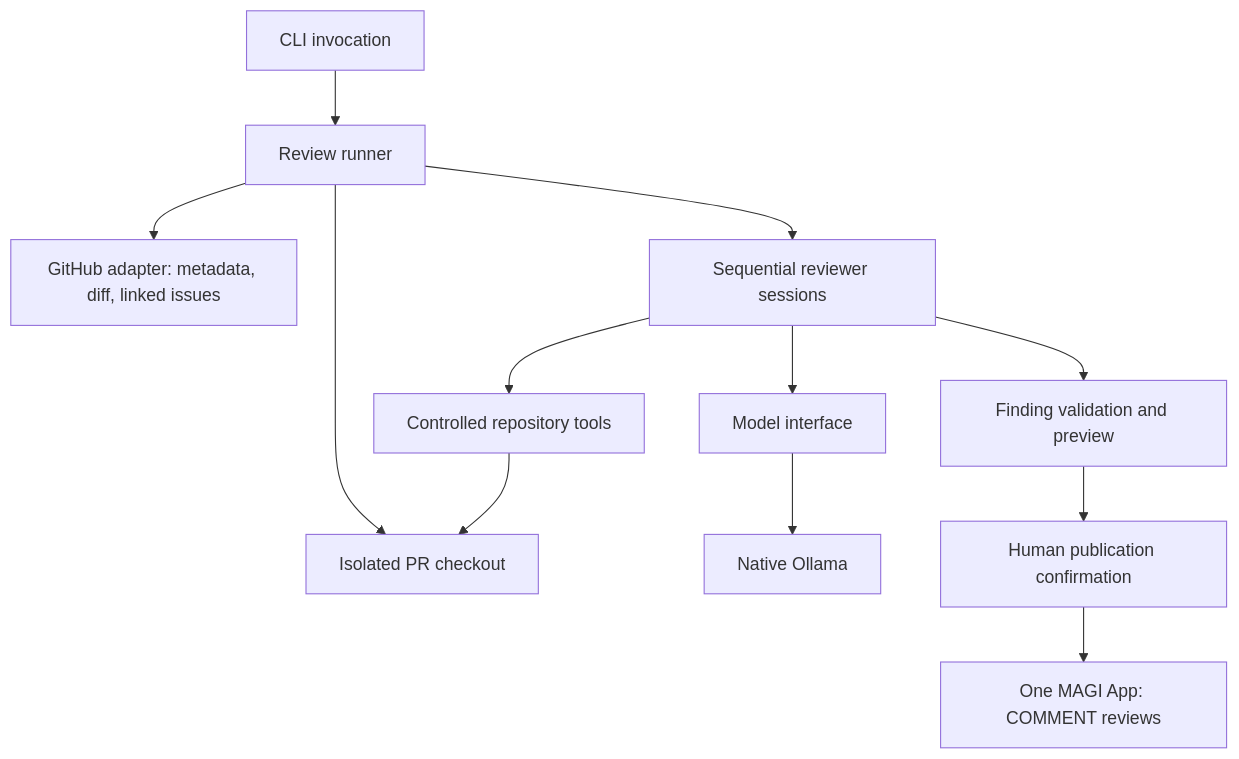
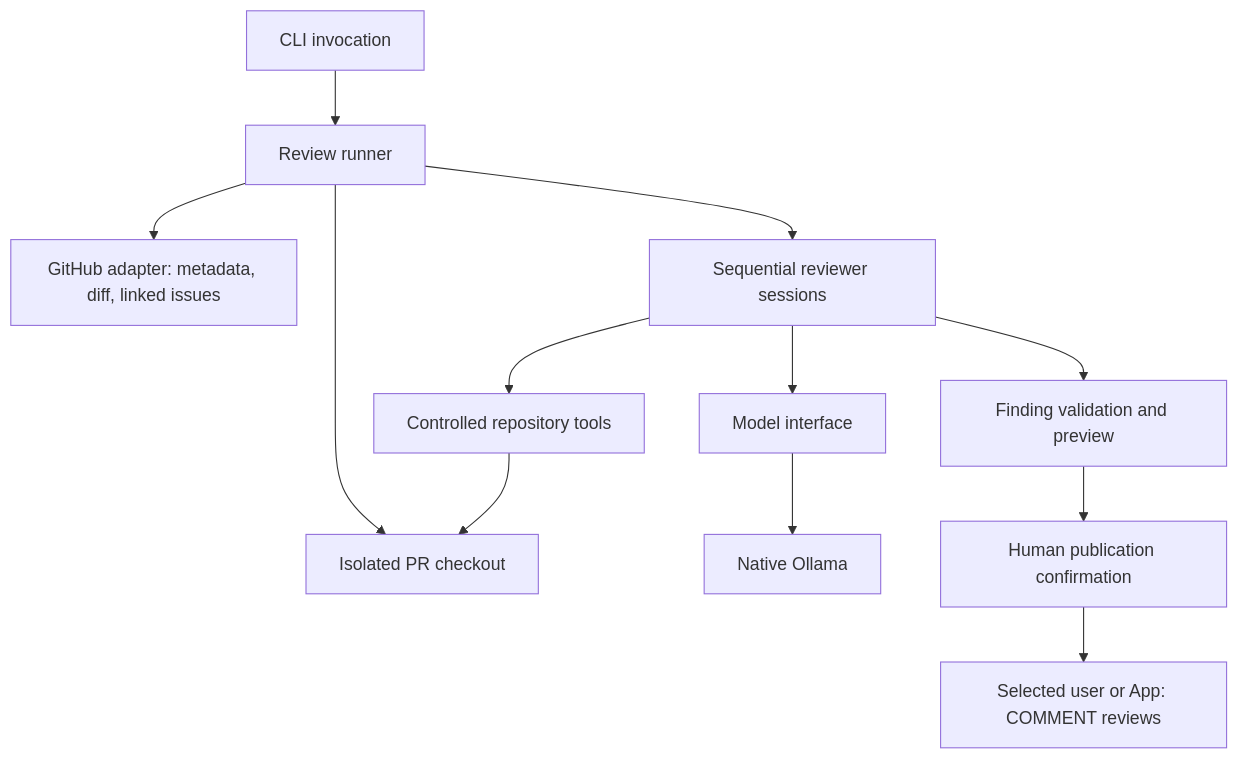
Before and after one commit to Hyaxon/giad-reviewer: the diagram in docs/architecture.md, drawn with Mermaid. The commit also changed other lines of this file and 32 other files, not shown here.

````diff
--- a/docs/architecture.md
+++ b/docs/architecture.md
@@ -8,14 +12,14 @@
 ```mermaid
 flowchart TD
     CLI[CLI invocation] --> Runner[Review runner]
     Runner --> GH[GitHub adapter: metadata, diff, linked issues]
     Runner --> Repo[Isolated PR checkout]
     Runner --> Agents[Sequential reviewer sessions]
     Agents --> Tools[Controlled repository tools]
     Tools --> Repo
     Agents --> Model[Model interface]
     Model --> Ollama[Native Ollama]
     Agents --> Validation[Finding validation and preview]
     Validation --> Confirm[Human publication confirmation]
-    Confirm --> Publisher[One MAGI App: COMMENT reviews]
+    Confirm --> Publisher[Selected user or App: COMMENT reviews]
 ```
````
